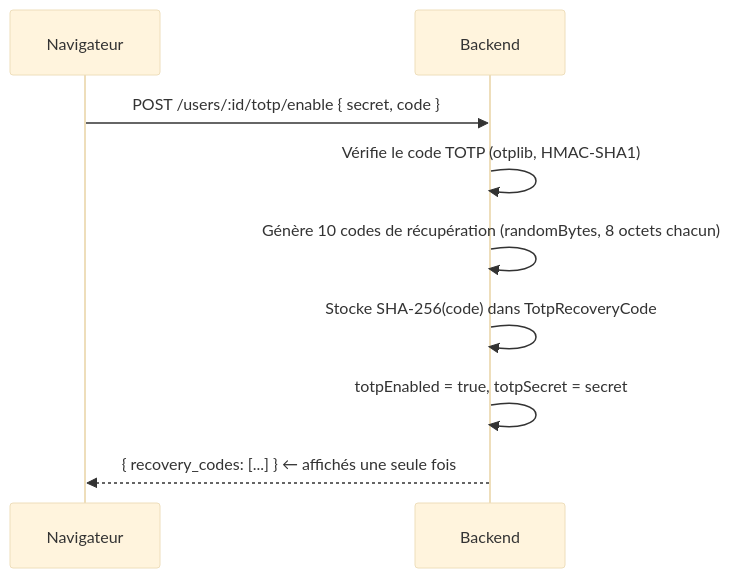
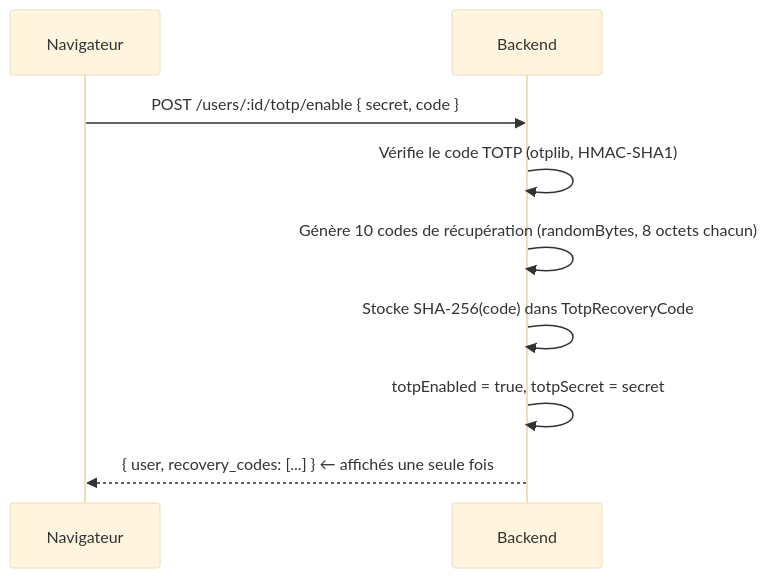
One commit to blind-storage/back-end changed diagram 11 of 12 in doc/crypto-flows.md. Above: the diagram before and after it, drawn with Mermaid (base theme). The commit also changed other lines of this file and 3 other files, not shown here.

Commit message:
fix(auth): remove Rezel OIDC flow and update documentation; adjust PKI certificate handling

````diff
--- a/doc/crypto-flows.md
+++ b/doc/crypto-flows.md
@@ -215,12 +274,12 @@
 ```mermaid
 sequenceDiagram
     participant U as Navigateur
     participant B as Backend
 
     U->>B: POST /users/:id/totp/enable { secret, code }
     B->>B: Vérifie le code TOTP (otplib, HMAC-SHA1)
     B->>B: Génère 10 codes de récupération (randomBytes, 8 octets chacun)
     B->>B: Stocke SHA-256(code) dans TotpRecoveryCode
     B->>B: totpEnabled = true, totpSecret = secret
-    B-->>U: { recovery_codes: [...] }  ← affichés une seule fois
+    B-->>U: { user, recovery_codes: [...] }  ← affichés une seule fois
 ```
````
